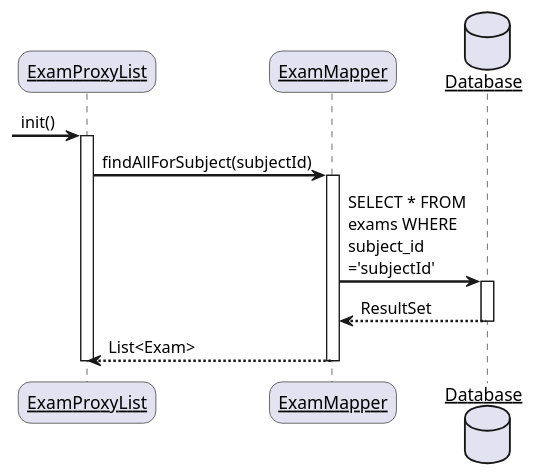
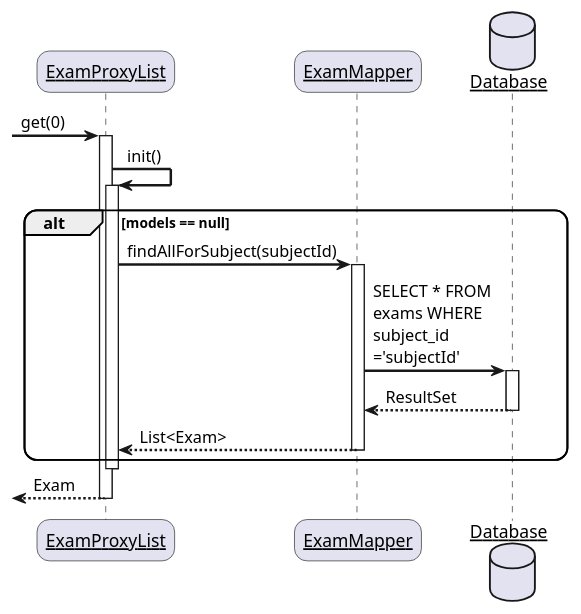
Before and after one commit to omjadas/ekzameno: the diagram in docs/diagrams/sequence/lazyLoad.puml, drawn with PlantUML. The commit also changed 6 other files, not shown here.

Commit message:
fix: sequence diagrams

```diff
--- a/docs/diagrams/sequence/lazyLoad.puml
+++ b/docs/diagrams/sequence/lazyLoad.puml
@@ -1,28 +1,37 @@
 @startuml Laxy Load
 skinparam sequenceArrowThickness 2
 skinparam roundcorner 20
 skinparam maxmessagesize 130
 skinparam sequenceParticipant underline
 
 participant "ExamProxyList" as A
 participant "ExamMapper" as B
 database Database as C
 
--> A: init()
+-> A: get(0)
 activate A
 
-A -> B: findAllForSubject(subjectId)
-activate B
+A -> A: init()
+activate A
 
-B -> C: SELECT * FROM exams WHERE subject_id ='subjectId'
-activate C
+alt models == null
+    A -> B: findAllForSubject(subjectId)
+    activate B
 
-C --> B: ResultSet
-deactivate C
+    B -> C: SELECT * FROM exams WHERE subject_id ='subjectId'
+    activate C
 
-B --> A : List<Exam>
-deactivate B
+    C --> B: ResultSet
+    deactivate C
+
+    B --> A : List<Exam>
+    deactivate B
+end
+
+deactivate A
+
+<-- A: Exam
 
 deactivate A
 
 @enduml
```
